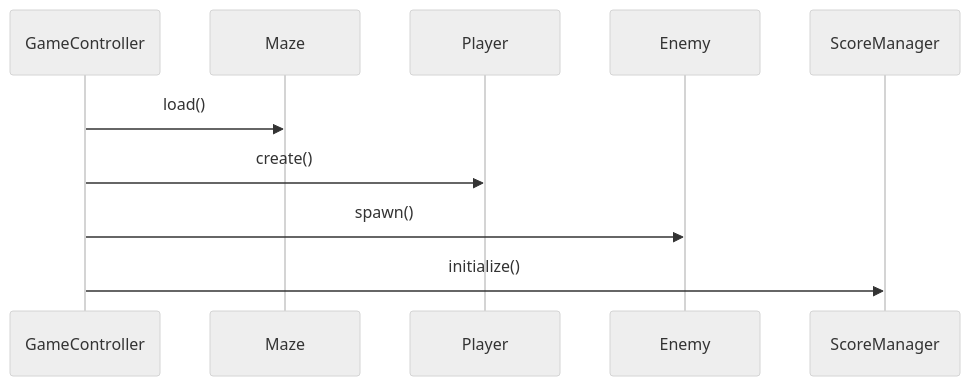
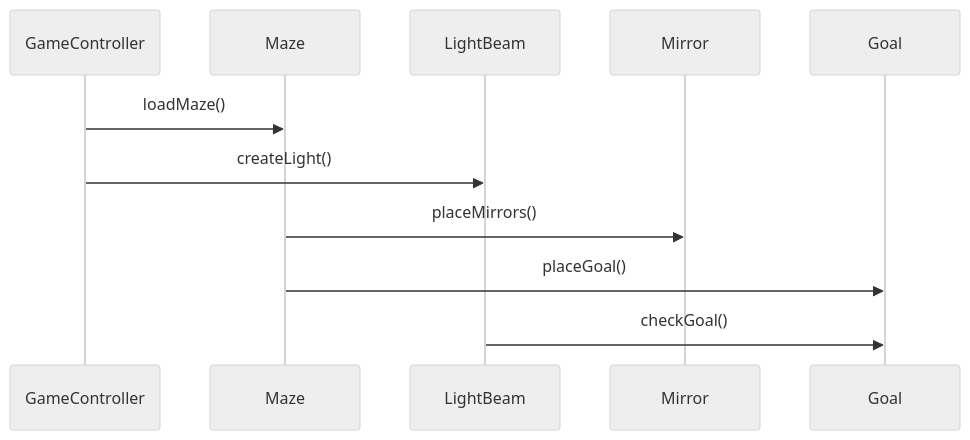
One commit to Fidele135/w0516590-Midterm changed the diagram in docs/uml/initialization_state_sequence_diagram.mmd. Above: the diagram before and after it, drawn with Mermaid (neutral theme). The commit also changed 1 other file, not shown here.

```diff
--- a/docs/uml/initialization_state_sequence_diagram.mmd
+++ b/docs/uml/initialization_state_sequence_diagram.mmd
@@ -1,6 +1,7 @@
 sequenceDiagram
 
-GameController->>Maze: load()
-GameController->>Player: create()
-GameController->>Enemy: spawn()
-GameController->>ScoreManager: initialize()
+GameController->>Maze: loadMaze()
+GameController->>LightBeam: createLight()
+Maze->>Mirror: placeMirrors()
+Maze->>Goal: placeGoal()
+LightBeam->>Goal: checkGoal()
```
